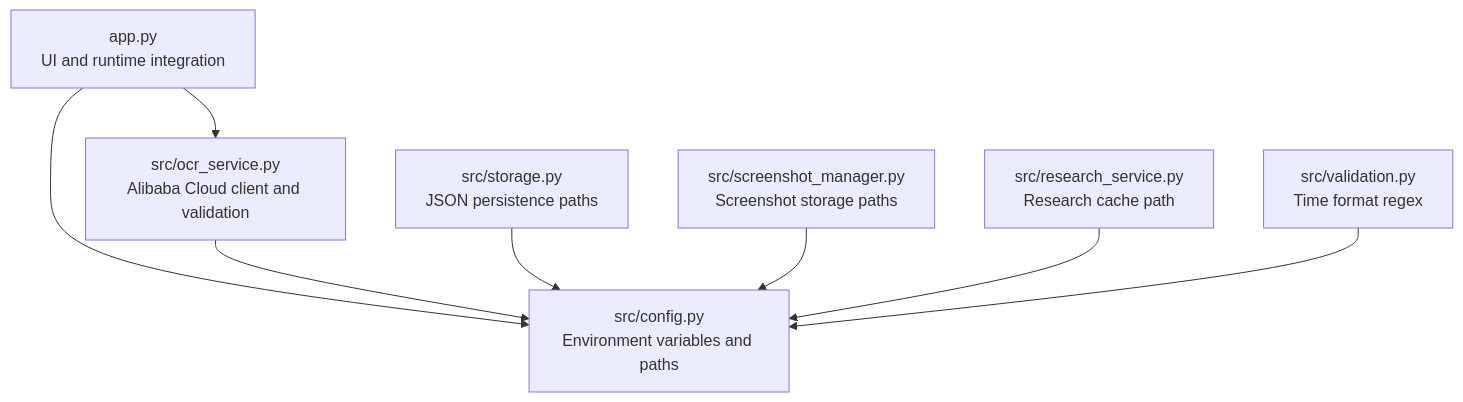
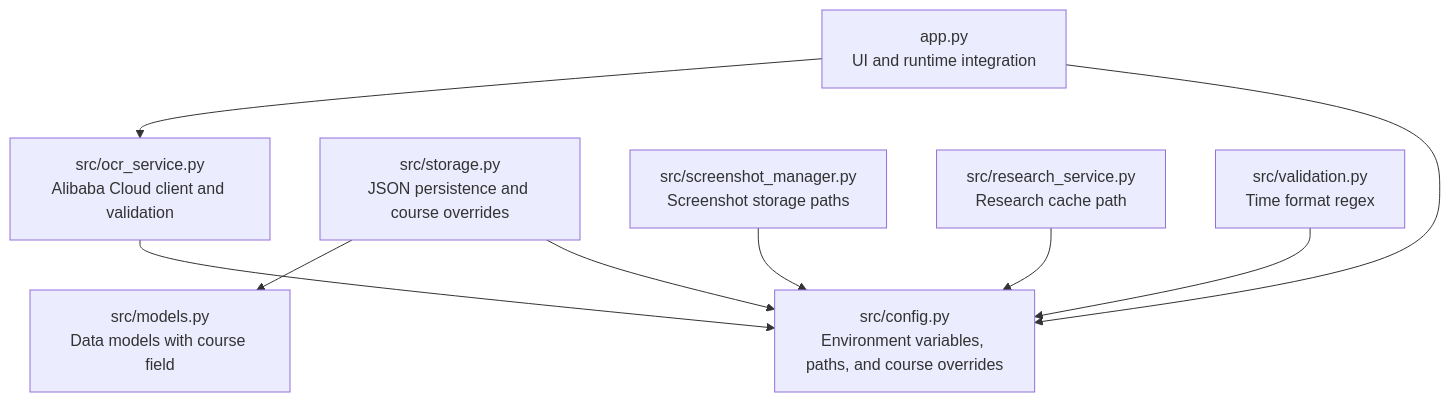
The first of 5 diagrams in .qoder/repowiki/en/content/Configuration Management.md (Johnny22056/SwimingStatus), drawn with Mermaid before and after one commit. The commit also changed other lines of this file and 4 other files, not shown here.

````diff
--- a/.qoder/repowiki/en/content/Configuration Management.md
+++ b/.qoder/repowiki/en/content/Configuration Management.md
@@ -34,17 +43,19 @@
 ```mermaid
 graph TB
-Config["src/config.py<br/>Environment variables and paths"]
+Config["src/config.py<br/>Environment variables, paths, and course overrides"]
 App["app.py<br/>UI and runtime integration"]
 OCR["src/ocr_service.py<br/>Alibaba Cloud client and validation"]
-Storage["src/storage.py<br/>JSON persistence paths"]
+Storage["src/storage.py<br/>JSON persistence and course overrides"]
 Screenshots["src/screenshot_manager.py<br/>Screenshot storage paths"]
 Research["src/research_service.py<br/>Research cache path"]
 Validation["src/validation.py<br/>Time format regex"]
+Models["src/models.py<br/>Data models with course field"]
 App --> Config
 App --> OCR
 OCR --> Config
 Storage --> Config
+Storage --> Models
 Screenshots --> Config
 Research --> Config
 Validation --> Config
 ```
````
